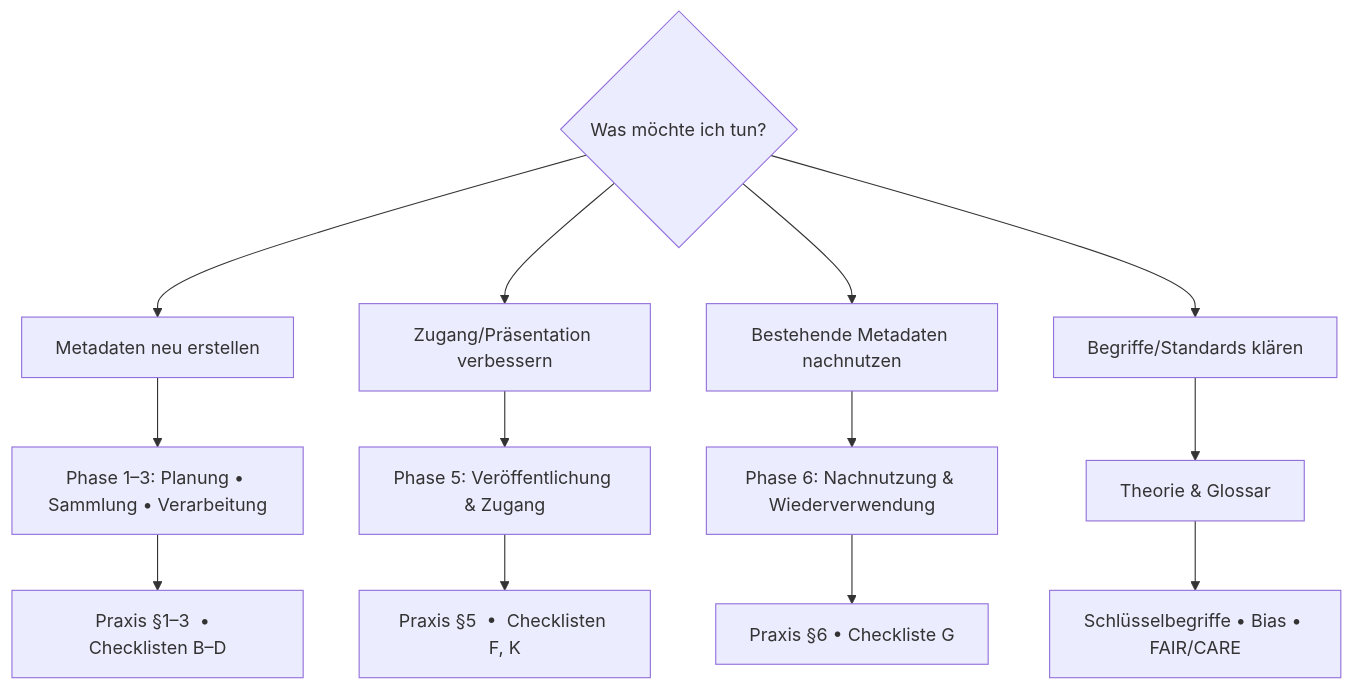
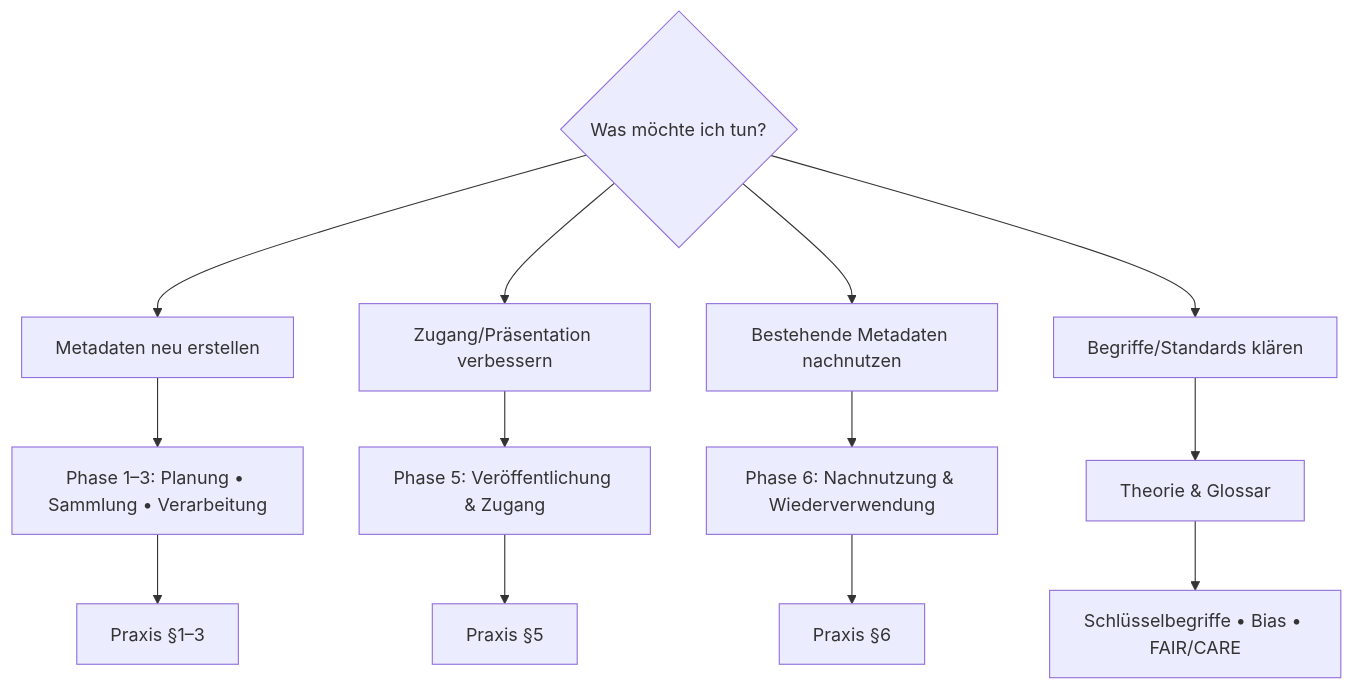
Before and after one commit to maehr/diskriminierungsfreie-metadaten: the second of 3 diagrams in manuscript/index.qmd, drawn with Mermaid. The commit also changed other lines of this file and 7 other files, not shown here.

````diff
--- a/manuscript/index.qmd
+++ b/manuscript/index.qmd
@@ -123,24 +123,24 @@
 ```{mermaid}
 %%| label: fig-metadata-2
 %%| fig-cap: "Entscheidungshilfe zur Orientierung im Handbuch. Die Startfrage «Worum geht es konkret?» verzweigt in vier Pfade—Metadaten neu erstellen; Zugang/Präsentation verbessern; Bestehende Metadaten nachnutzen; Begriffe/Standards klären—mit Verweisen auf zugehörige Phasen, Praxisabschnitte und Checklisten."
 %%| fig-alt: "Ein hellviolettes Flussdiagramm. In der Mitte eine rautenförmige Startbox mit dem Text «Worum geht es konkret?». Von dort führen vier Linien zu vier Themenkästen, von links nach rechts: Erstens «Metadaten neu erstellen». Darunter zwei Ebenen: «Phase 1 bis 3: Planung, Sammlung, Verarbeitung» und darunter «Praxis Paragraph 1 bis 3 sowie Checklisten B bis D». Zweitens «Zugang und Präsentation verbessern». Darunter «Phase 5: Veröffentlichung und Zugang» und darunter «Praxis Paragraph 5 sowie Checklisten F und K». Drittens «Bestehende Metadaten nachnutzen». Darunter «Phase 6: Nachnutzung und Wiederverwendung» und darunter «Praxis Paragraph 6 sowie Checkliste G». Viertens «Begriffe und Standards klären». Darunter «Theorie und Glossar» und darunter «Schlüsselbegriffe, Bias, FAIR und CARE». Die Kästen sind horizontal ausgerichtet, die Verbindungen verlaufen von der Mitte nach aussen und dann je vertikal nach unten."
 flowchart TD
   Q{"Was möchte ich tun?"}
 
   Q --> NEU["Metadaten neu erstellen"]
   Q --> ZUG["Zugang/Präsentation verbessern"]
   Q --> REUSE["Bestehende Metadaten nachnutzen"]
   Q --> FACH["Begriffe/Standards klären"]
 
   NEU --> P13["Phase 1–3: Planung • Sammlung • Verarbeitung"]
-  P13 --> R13["Praxis §1–3  •  Checklisten B–D"]
+  P13 --> R13["Praxis §1–3"]
 
   ZUG --> P5["Phase 5: Veröffentlichung & Zugang"]
-  P5 --> R5["Praxis §5  •  Checklisten F, K"]
+  P5 --> R5["Praxis §5"]
 
   REUSE --> P6["Phase 6: Nachnutzung & Wiederverwendung"]
-  P6 --> R6["Praxis §6  •  Checkliste G"]
+  P6 --> R6["Praxis §6"]
 
   FACH --> THEO["Theorie & Glossar"]
   THEO --> R0["Schlüsselbegriffe • Bias • FAIR/CARE"]
 ```
````
